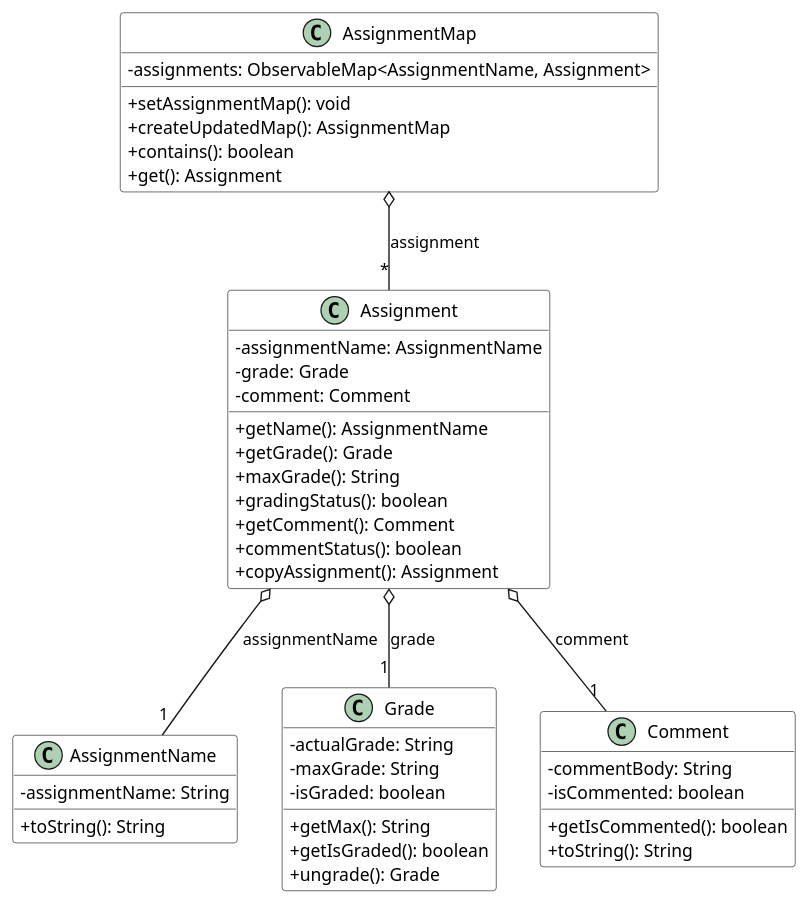
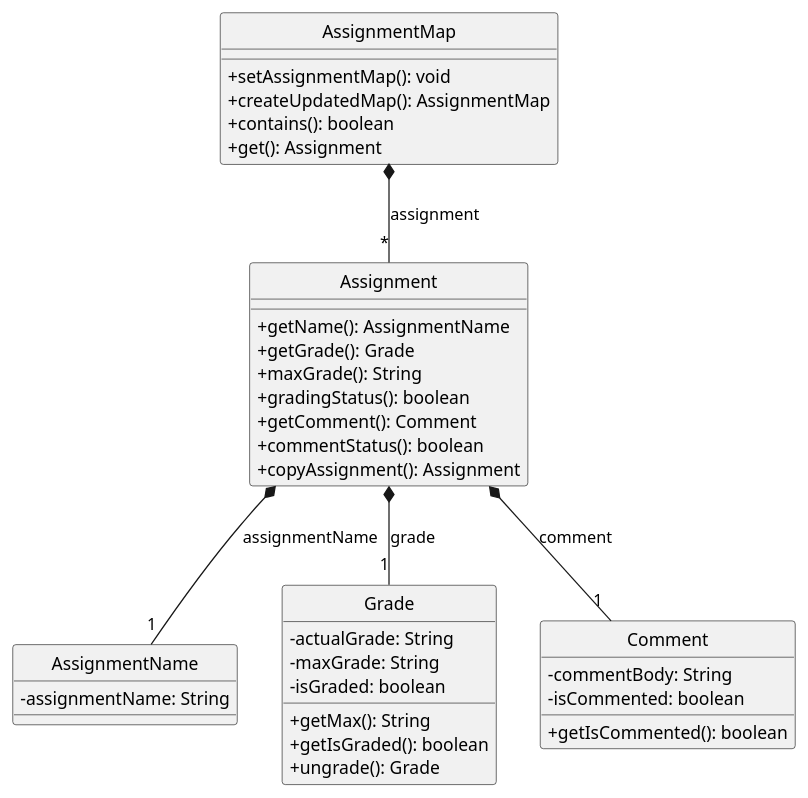
One commit to Respirayson/tp changed the diagram in diagrams/AssignmentClass.puml. Above: the diagram before and after it, drawn with PlantUML. The commit also changed 57 other files, not shown here.

```diff
--- a/diagrams/AssignmentClass.puml
+++ b/diagrams/AssignmentClass.puml
@@ -1,52 +1,45 @@
 @startuml
-skinparam arrowThickness 1.1
-skinparam classBackgroundColor LOGIC_COLOR
+hide circle
 skinparam classAttributeIconSize 0
 
 class AssignmentMap {
--assignments: ObservableMap<AssignmentName, Assignment>
 +setAssignmentMap(): void
 +createUpdatedMap(): AssignmentMap
 +contains(): boolean
 +get(): Assignment
 }
 
 class Assignment {
--assignmentName: AssignmentName
--grade: Grade
--comment: Comment
 +getName(): AssignmentName
 +getGrade(): Grade
 +maxGrade(): String
 +gradingStatus(): boolean
 +getComment(): Comment
 +commentStatus(): boolean
 +copyAssignment(): Assignment
 }
 
 class AssignmentName {
 -assignmentName: String
-+toString(): String
 }
 
 class Grade {
 -actualGrade: String
 -maxGrade: String
 -isGraded: boolean
 +getMax(): String
 +getIsGraded(): boolean
 +ungrade(): Grade
 }
 
 class Comment {
 -commentBody: String
 -isCommented: boolean
 +getIsCommented(): boolean
-+toString(): String
 }
 
-AssignmentMap o-- "*" Assignment: assignment
-Assignment o-- "1" AssignmentName: assignmentName
-Assignment o-- "1" Grade: grade
-Assignment o-- "1" Comment: comment
+AssignmentMap *-- "*" Assignment: assignment
+Assignment *-- "1" AssignmentName: assignmentName
+Assignment *-- "1" Grade: grade
+Assignment *-- "1" Comment: comment
 @enduml
```
